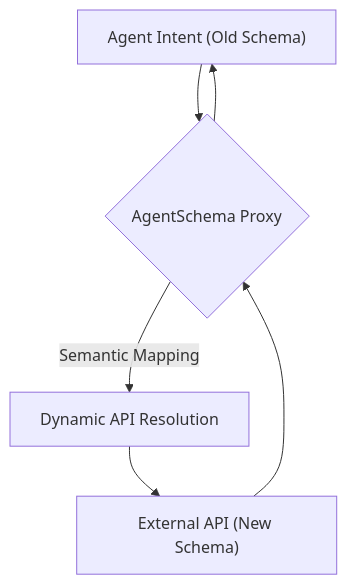
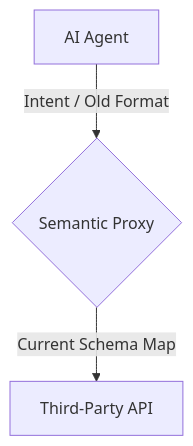
One commit to flouzzy/top-100-ai-startup-ideas changed the first of 2 diagrams in ideas/agent-schema-sync/README.md. Above: the diagram before and after it, drawn with Mermaid. The commit also changed other lines of this file and 41 other files, not shown here.

````diff
--- a/ideas/agent-schema-sync/README.md
+++ b/ideas/agent-schema-sync/README.md
@@ -17,8 +17,6 @@
 ```mermaid
 graph TD
-    A["Agent Intent (Old Schema)"] --> B{"AgentSchema Proxy"}
-    B -->|Semantic Mapping| C["Dynamic API Resolution"]
-    C --> D["External API (New Schema)"]
-    D --> B
-    B --> A
+    %% Flow
+    A["AI Agent"] -->|Intent / Old Format| B{"Semantic Proxy"}
+    B -->|Current Schema Map| C["Third-Party API"]
 ```
````
